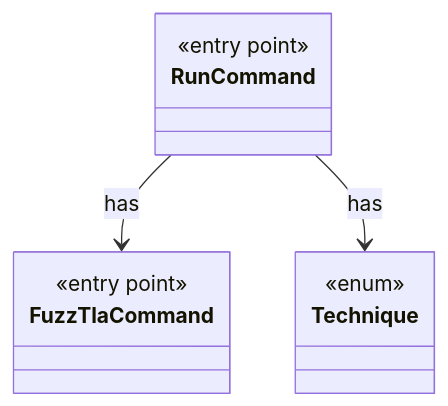
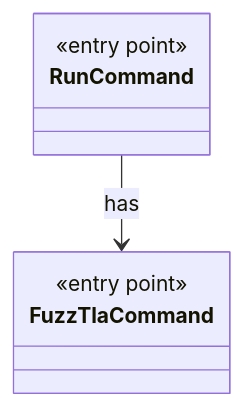
Before and after one commit to tlaplus/model-checker-hardening: the diagram in dev/types/io.github.tlaplus.hardening.cli.RunCommand.md, drawn with Mermaid. The commit also changed other lines of this file and 411 other files, not shown here.

````diff
--- a/dev/types/io.github.tlaplus.hardening.cli.RunCommand.md
+++ b/dev/types/io.github.tlaplus.hardening.cli.RunCommand.md
@@ -7,14 +9,10 @@
 ```mermaid
 classDiagram
   class RunCommand {
     <<entry point>>
   }
   class FuzzTlaCommand {
     <<entry point>>
   }
-  class Technique {
-    <<enum>>
-  }
   RunCommand --> FuzzTlaCommand : has
-  RunCommand --> Technique : has
 ```
````
